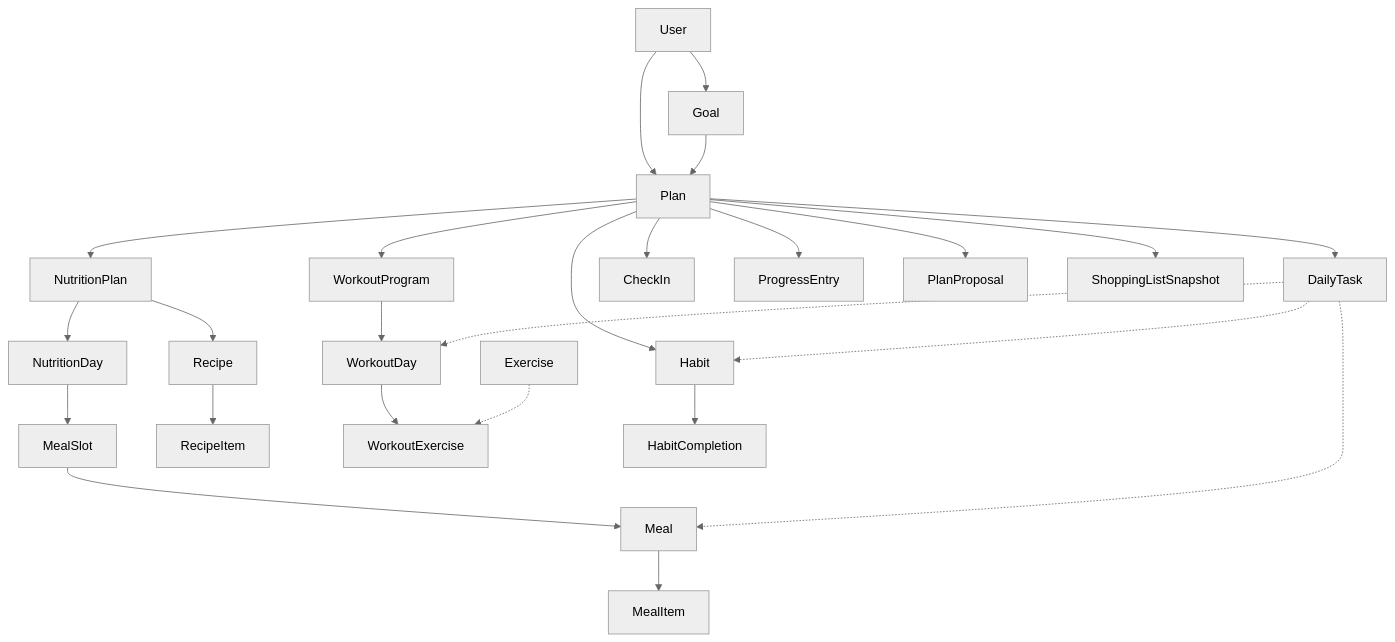
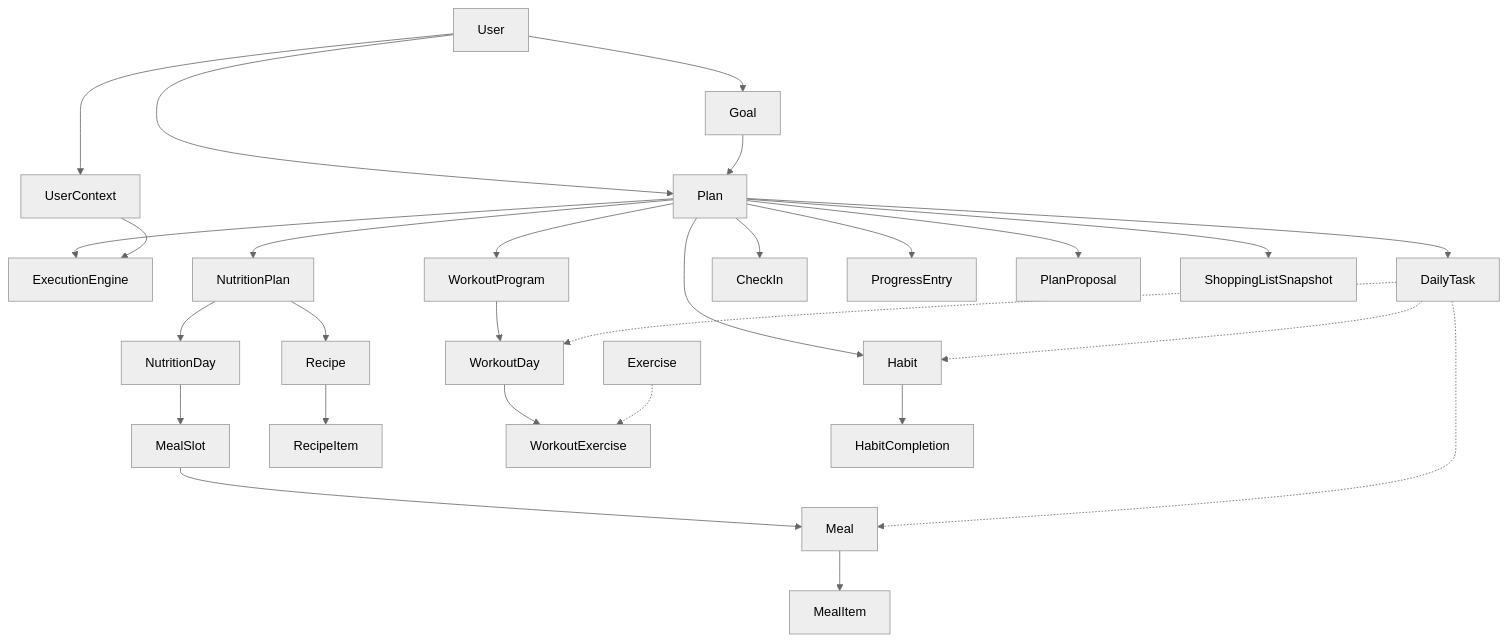
One commit to illanacohen/Meals changed the diagram in backend/docs/domain/DOMAIN.md. Above: the diagram before and after it, drawn with Mermaid (neutral theme). The commit also changed other lines of this file and 56 other files, not shown here.

Commit message:
refactor: generalize plan architecture with pillars

````diff
--- a/backend/docs/domain/DOMAIN.md
+++ b/backend/docs/domain/DOMAIN.md
@@ -129,35 +140,40 @@
 ```mermaid
 flowchart TB
   User[User]
+  UserContext[UserContext]
   Goal[Goal]
   Plan[Plan]
+  Engine[ExecutionEngine]
 
   User --> Goal
   User --> Plan
+  User --> UserContext
   Goal --> Plan
+  Plan --> Engine
+  UserContext --> Engine
 
   Plan --> NutritionPlan
   Plan --> WorkoutProgram
   Plan --> Habit
   Plan --> DailyTask
   Plan --> CheckIn
   Plan --> ProgressEntry
   Plan --> PlanProposal
 
   NutritionPlan --> NutritionDay
   NutritionDay --> MealSlot
   MealSlot --> Meal
   Meal --> MealItem
   NutritionPlan --> Recipe
   Recipe --> RecipeItem
   Plan --> ShoppingListSnapshot
 
   WorkoutProgram --> WorkoutDay
   WorkoutDay --> WorkoutExercise
   ExerciseCatalog[Exercise] -.-> WorkoutExercise
 
   Habit --> HabitCompletion
   DailyTask -.-> Habit
   DailyTask -.-> Meal
   DailyTask -.-> WorkoutDay
 ```
````
